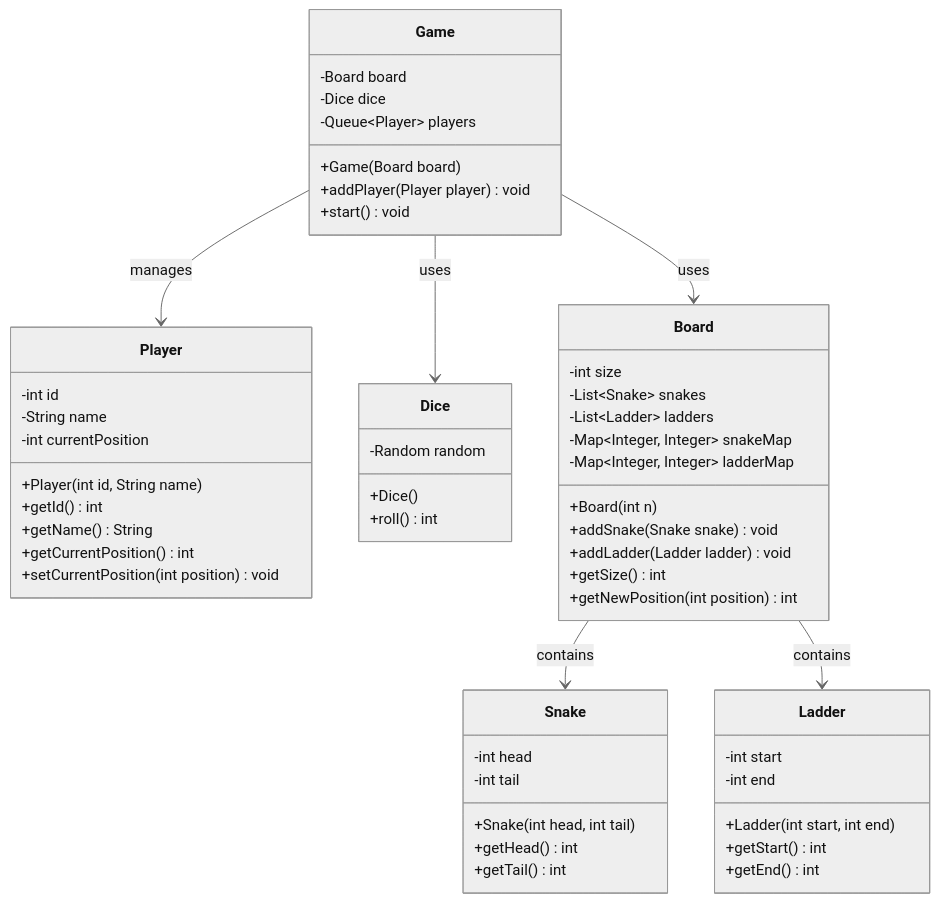
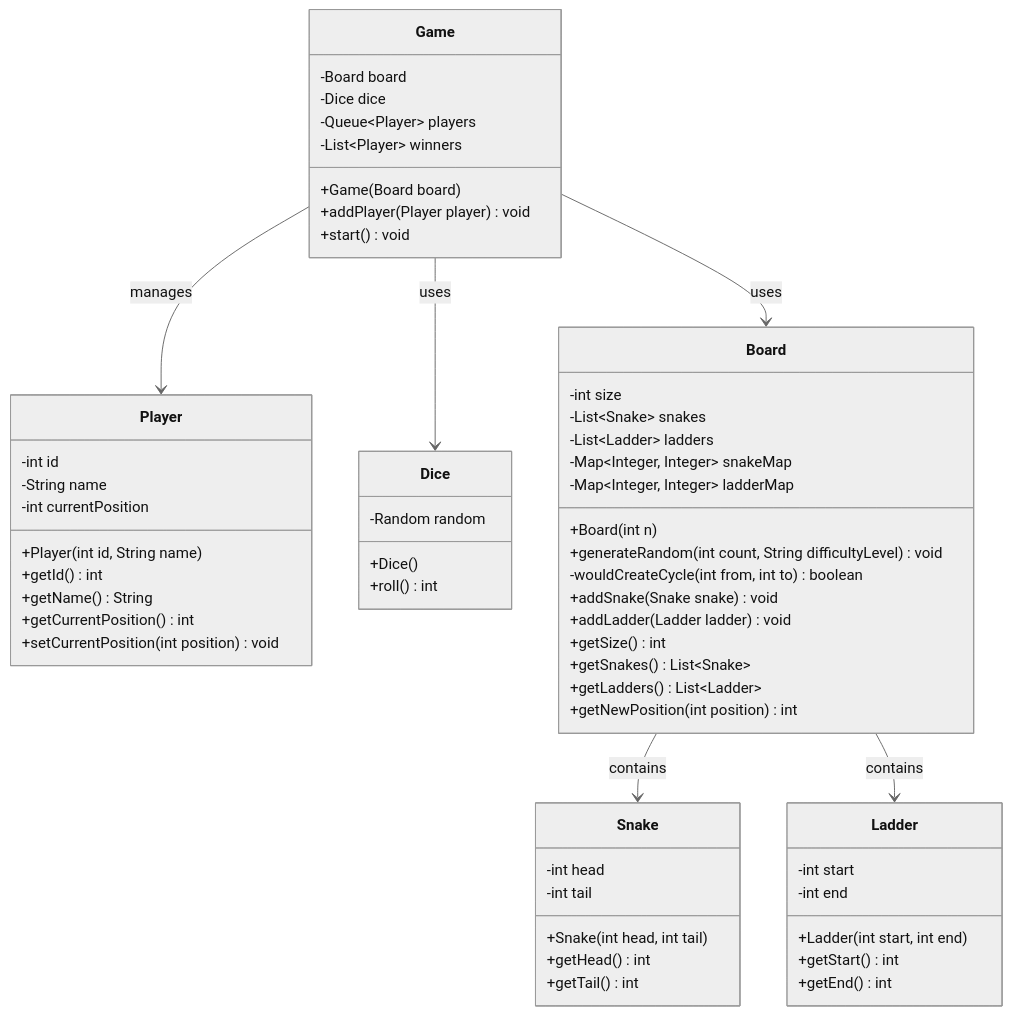
Before and after one commit to sarthakmidha2006/SST28-LLD101: the diagram in snake-and-ladder-system/CLASS_DIAGRAM.md, drawn with Mermaid (neutral theme). The commit also changed 14 other files, not shown here.

````diff
--- a/snake-and-ladder-system/CLASS_DIAGRAM.md
+++ b/snake-and-ladder-system/CLASS_DIAGRAM.md
@@ -1,63 +1,68 @@
 ```mermaid
 classDiagram
     class Player {
         -int id
         -String name
         -int currentPosition
         +Player(int id, String name)
         +getId() int
         +getName() String
         +getCurrentPosition() int
         +setCurrentPosition(int position) void
     }
 
     class Snake {
         -int head
         -int tail
         +Snake(int head, int tail)
         +getHead() int
         +getTail() int
     }
 
     class Ladder {
         -int start
         -int end
         +Ladder(int start, int end)
         +getStart() int
         +getEnd() int
     }
 
     class Dice {
         -Random random
         +Dice()
         +roll() int
     }
 
     class Board {
         -int size
         -List~Snake~ snakes
         -List~Ladder~ ladders
         -Map~Integer, Integer~ snakeMap
         -Map~Integer, Integer~ ladderMap
         +Board(int n)
+        +generateRandom(int count, String difficultyLevel) void
+        -wouldCreateCycle(int from, int to) boolean
         +addSnake(Snake snake) void
         +addLadder(Ladder ladder) void
         +getSize() int
+        +getSnakes() List~Snake~
+        +getLadders() List~Ladder~
         +getNewPosition(int position) int
     }
 
     class Game {
         -Board board
         -Dice dice
         -Queue~Player~ players
+        -List~Player~ winners
         +Game(Board board)
         +addPlayer(Player player) void
         +start() void
     }
 
     Game --> Board : uses
     Game --> Dice : uses
     Game --> Player : manages
     Board --> Snake : contains
     Board --> Ladder : contains
 ```
````
